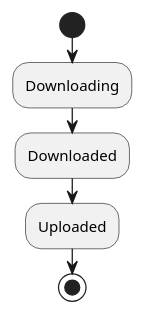
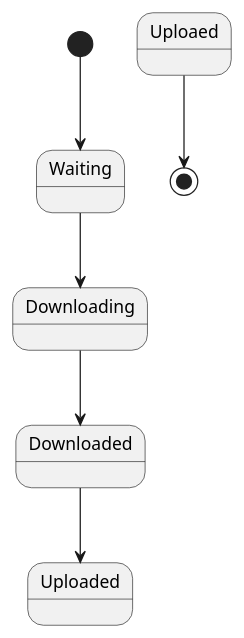
One commit to yanghoon/obsidian-workspace changed the diagram in _diary/2024-06-21.md. Above: the diagram before and after it, drawn with PlantUML.

Commit message:
vault backup: 2024-06-23 19:31:43

````diff
--- a/_diary/2024-06-21.md
+++ b/_diary/2024-06-21.md
@@ -52,11 +52,11 @@
 ```plantuml
 @startuml
 
-start
-:Downloading;
-:Downloaded;
-:Uploaded;
-stop
+[*] --> Waiting
+Waiting --> Downloading
+Downloading --> Downloaded
+Downloaded --> Uploaded
+Uploaed -->[*] 
 
 @enduml
 ```
````
